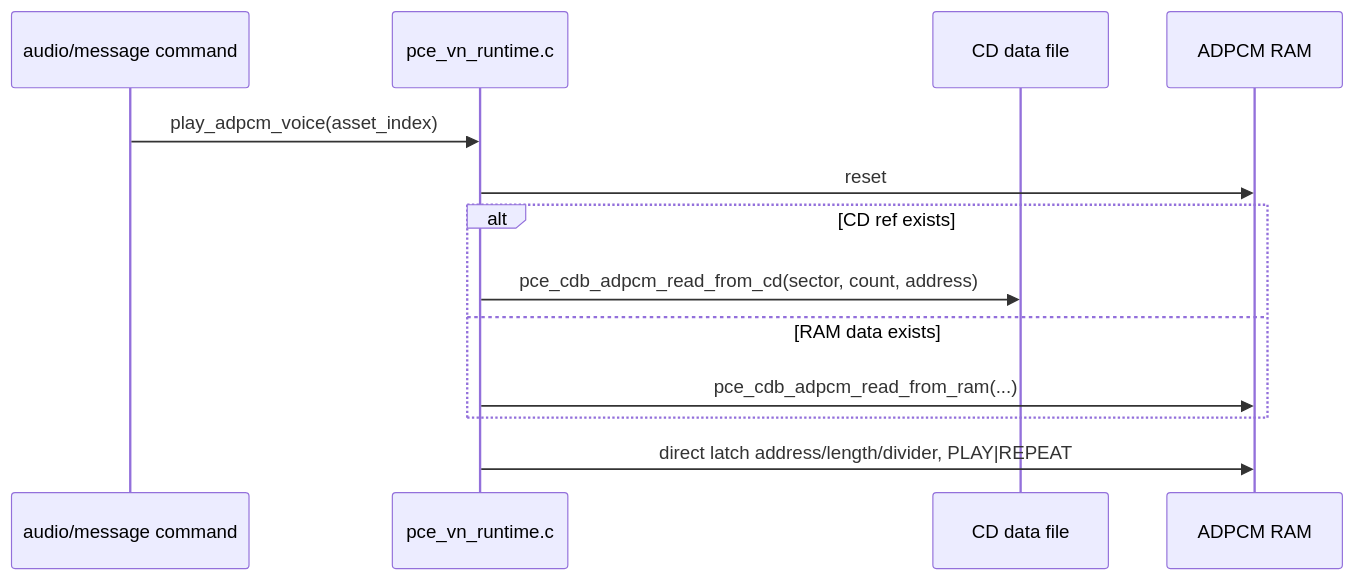
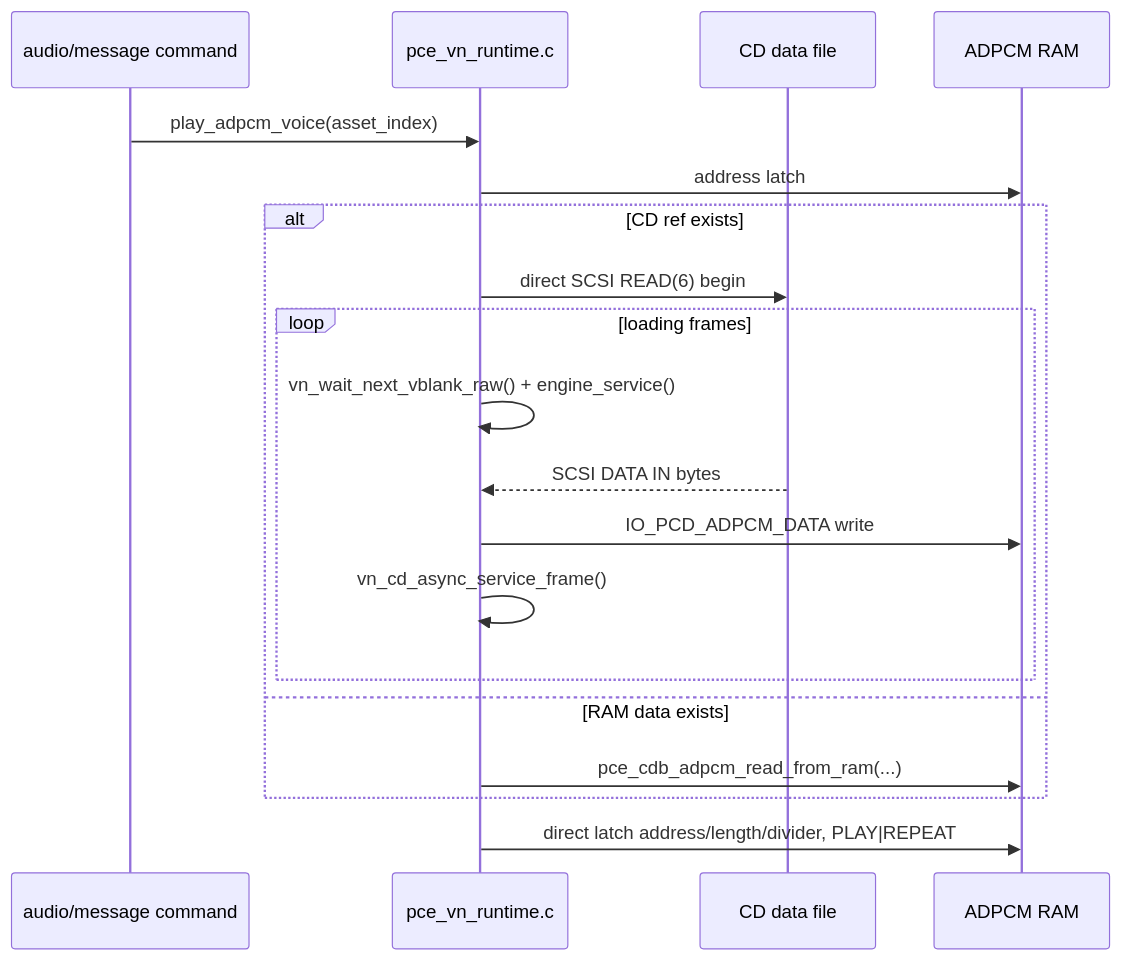
One commit to HOSSIE-JP/pce-game-editor changed the fifth of 6 diagrams in docs/pce-media-programming-guide.md. Above: the diagram before and after it, drawn with Mermaid. The commit also changed other lines of this file and 9 other files, not shown here.

Commit message:
Document async ADPCM loading flow

````diff
--- a/docs/pce-media-programming-guide.md
+++ b/docs/pce-media-programming-guide.md
@@ -709,15 +709,21 @@
 ```mermaid
 sequenceDiagram
   participant Scene as audio/message command
   participant RT as pce_vn_runtime.c
   participant CD as CD data file
   participant AD as ADPCM RAM
   Scene->>RT: play_adpcm_voice(asset_index)
-  RT->>AD: reset
+  RT->>AD: address latch
   alt CD ref exists
-    RT->>CD: pce_cdb_adpcm_read_from_cd(sector, count, address)
+    RT->>CD: direct SCSI READ(6) begin
+    loop loading frames
+      RT->>RT: vn_wait_next_vblank_raw() + engine_service()
+      CD-->>RT: SCSI DATA IN bytes
+      RT->>AD: IO_PCD_ADPCM_DATA write
+      RT->>RT: vn_cd_async_service_frame()
+    end
   else RAM data exists
     RT->>AD: pce_cdb_adpcm_read_from_ram(...)
   end
   RT->>AD: direct latch address/length/divider, PLAY|REPEAT
 ```
````
